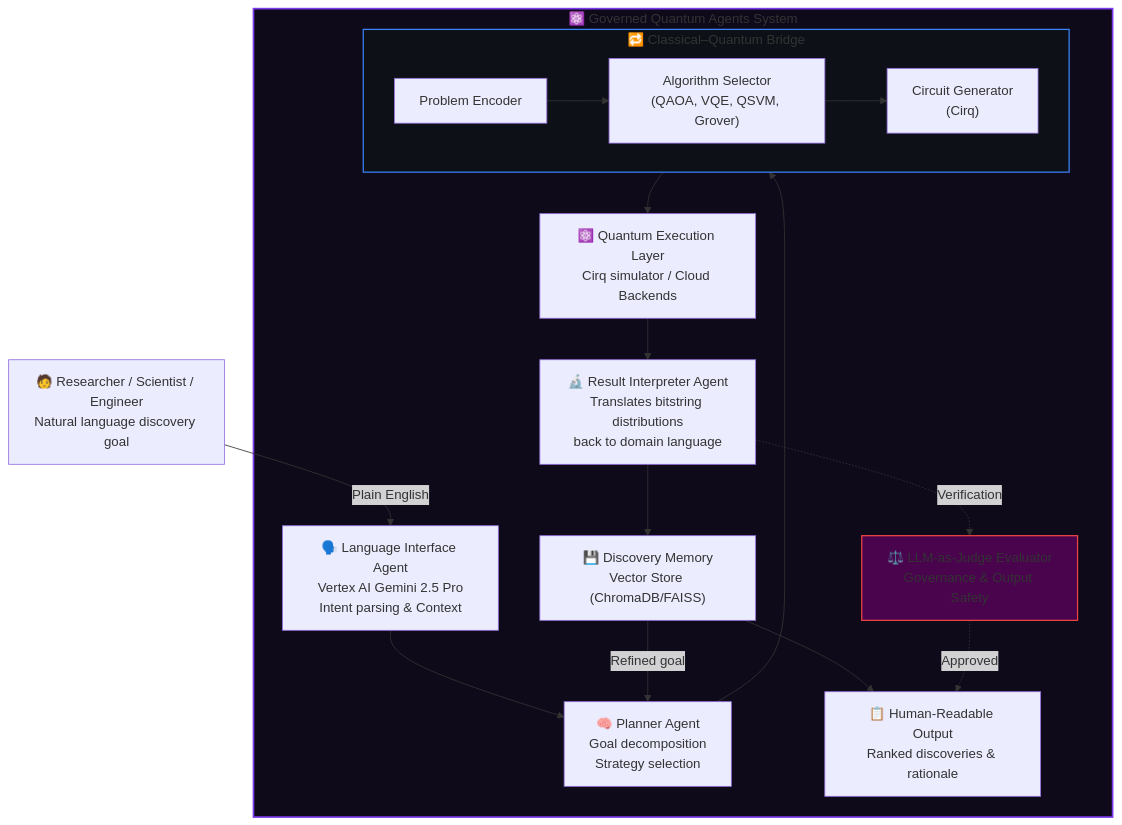
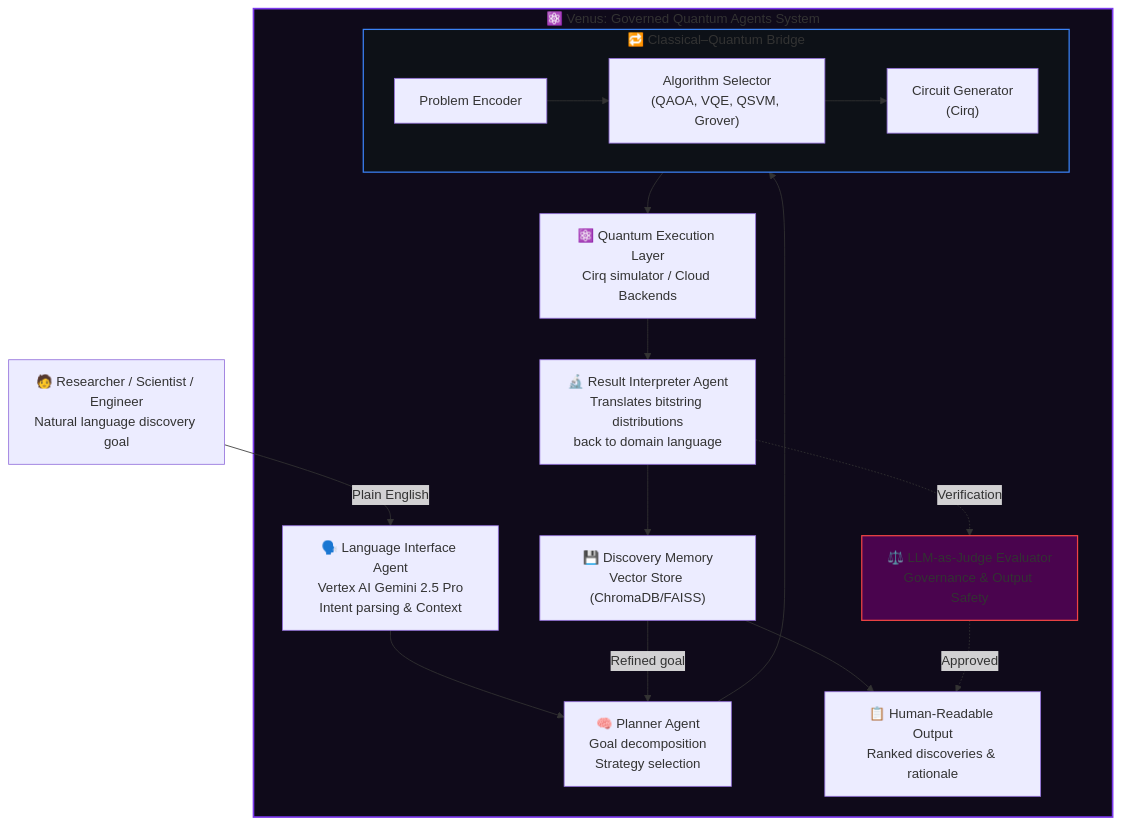
Before and after one commit to AI-Governance-Lab/governed-quantum-agents: the diagram in README.md, drawn with Mermaid. The commit also changed other lines of this file, not shown here.

Commit message:
Update README to keep Venus in the name

````diff
--- a/README.md
+++ b/README.md
@@ -50,48 +50,48 @@
 ```mermaid
 graph TB
     USER["🧑 Researcher / Scientist / Engineer\nNatural language discovery goal"]
     USER -->|"Plain English"| LANG
 
-    subgraph GQA ["⚛️ Governed Quantum Agents System"]
+    subgraph GQA ["⚛️ Venus: Governed Quantum Agents System"]
 
         LANG["🗣️ Language Interface Agent\nVertex AI Gemini 2.5 Pro\nIntent parsing & Context"]
         LANG --> PLANNER
 
         PLANNER["🧠 Planner Agent\nGoal decomposition\nStrategy selection"]
 
         PLANNER --> BRIDGE
 
         subgraph BRIDGE ["🔁 Classical–Quantum Bridge"]
             direction LR
             PROB["Problem Encoder"]
             ALG["Algorithm Selector\n(QAOA, VQE, QSVM, Grover)"]
             CIRC["Circuit Generator\n(Cirq)"]
             PROB --> ALG --> CIRC
         end
 
         BRIDGE --> QEX
 
         QEX["⚛️ Quantum Execution Layer\nCirq simulator / Cloud Backends"]
 
         QEX --> INTERP
 
         INTERP["🔬 Result Interpreter Agent\nTranslates bitstring distributions\nback to domain language"]
 
         INTERP --> MEM
 
         MEM["💾 Discovery Memory\nVector Store (ChromaDB/FAISS)"]
 
         MEM -->|"Refined goal"| PLANNER
         MEM --> OUT
 
         JUDGE["⚖️ LLM-as-Judge Evaluator\nGovernance & Output Safety"]
         INTERP -.->|"Verification"| JUDGE
         JUDGE -.->|"Approved"| OUT
     end
 
     OUT["📋 Human-Readable Output\nRanked discoveries & rationale"]
 
     style GQA fill:#0F0A1A,stroke:#7C3AED,stroke-width:2px
     style BRIDGE fill:#0D1117,stroke:#3B82F6,stroke-width:1.5px
     style JUDGE fill:#4A044E,stroke:#EF4444,stroke-width:1.5px
 ```
````
